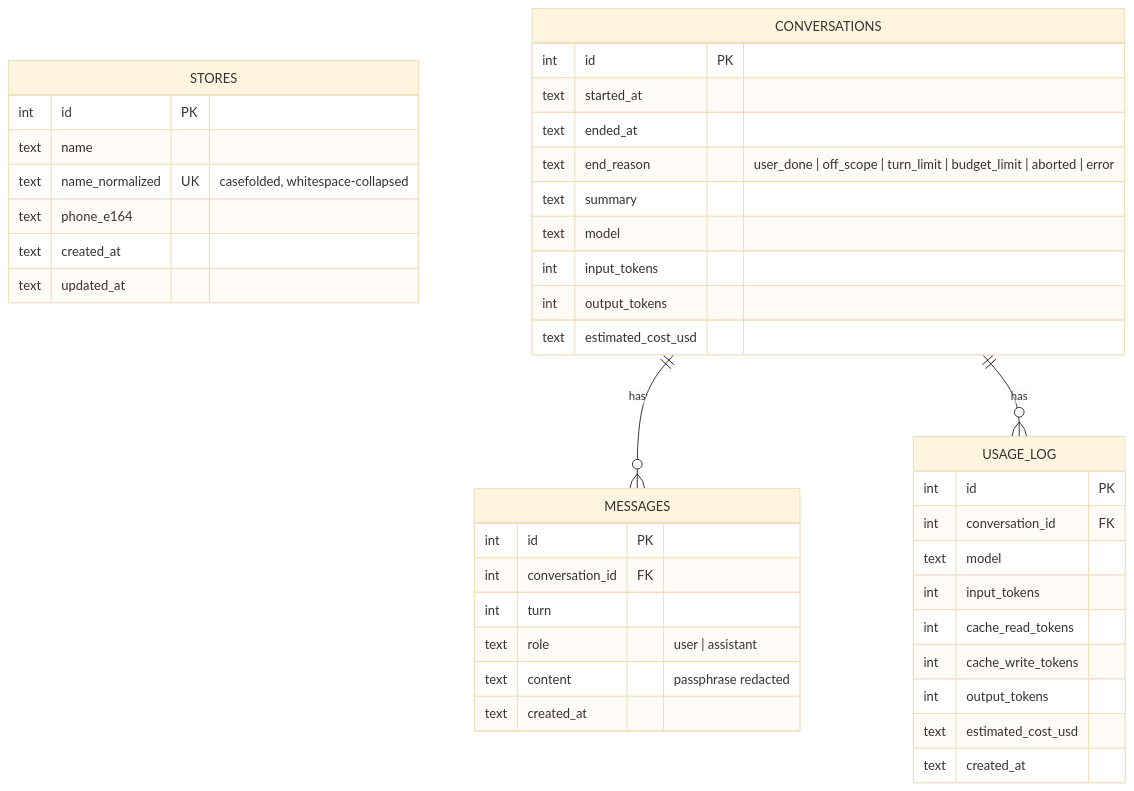
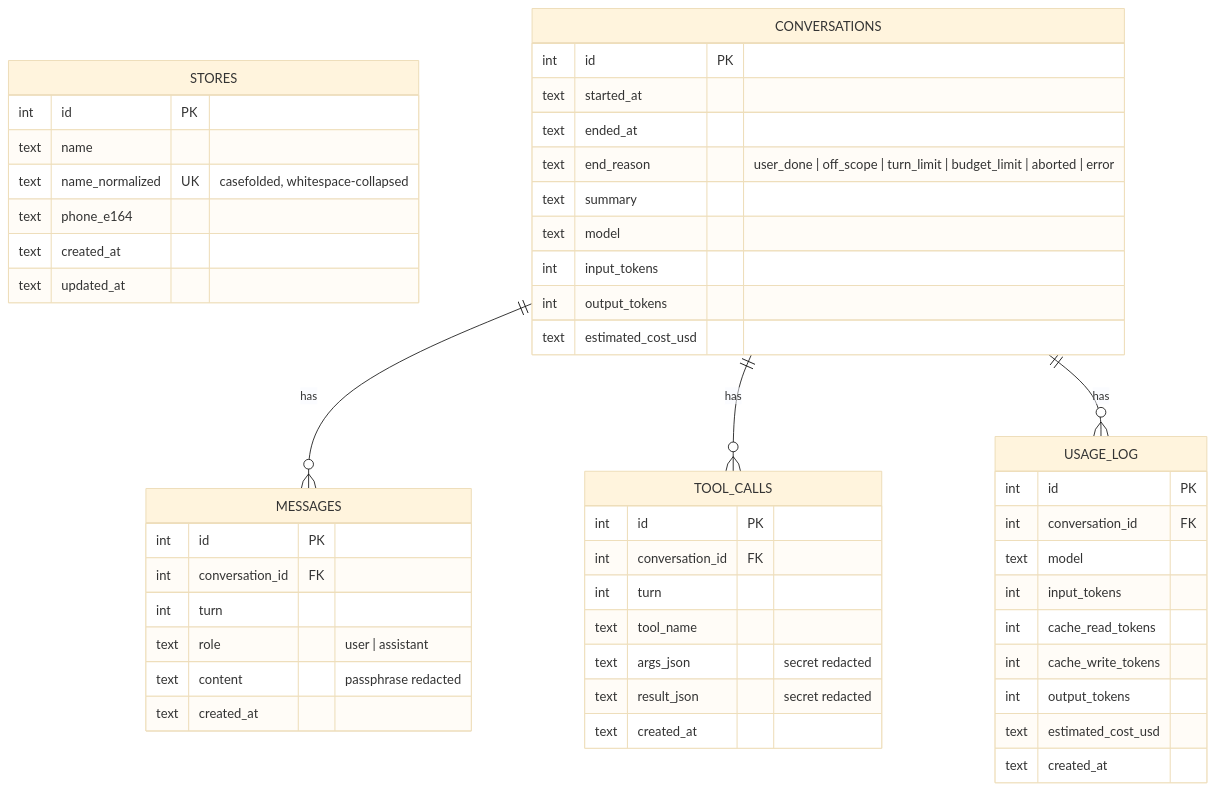
Before and after one commit to AhmedAman94/store-assistant: the fourth of 5 diagrams in docs/ARCHITECTURE.md, drawn with Mermaid (base theme). The commit also changed other lines of this file and 28 other files, not shown here.

````diff
--- a/docs/ARCHITECTURE.md
+++ b/docs/ARCHITECTURE.md
@@ -143,43 +146,53 @@
 ```mermaid
 erDiagram
     STORES {
         int id PK
         text name
         text name_normalized UK "casefolded, whitespace-collapsed"
         text phone_e164
         text created_at
         text updated_at
     }
     CONVERSATIONS {
         int id PK
         text started_at
         text ended_at
         text end_reason "user_done | off_scope | turn_limit | budget_limit | aborted | error"
         text summary
         text model
         int input_tokens
         int output_tokens
         text estimated_cost_usd
     }
     MESSAGES {
         int id PK
         int conversation_id FK
         int turn
         text role "user | assistant"
         text content "passphrase redacted"
         text created_at
     }
     USAGE_LOG {
         int id PK
         int conversation_id FK
         text model
         int input_tokens
         int cache_read_tokens
         int cache_write_tokens
         int output_tokens
         text estimated_cost_usd
         text created_at
     }
+    TOOL_CALLS {
+        int id PK
+        int conversation_id FK
+        int turn
+        text tool_name
+        text args_json "secret redacted"
+        text result_json "secret redacted"
+        text created_at
+    }
     CONVERSATIONS ||--o{ MESSAGES : "has"
+    CONVERSATIONS ||--o{ TOOL_CALLS : "has"
     CONVERSATIONS ||--o{ USAGE_LOG : "has"
 ```
````
